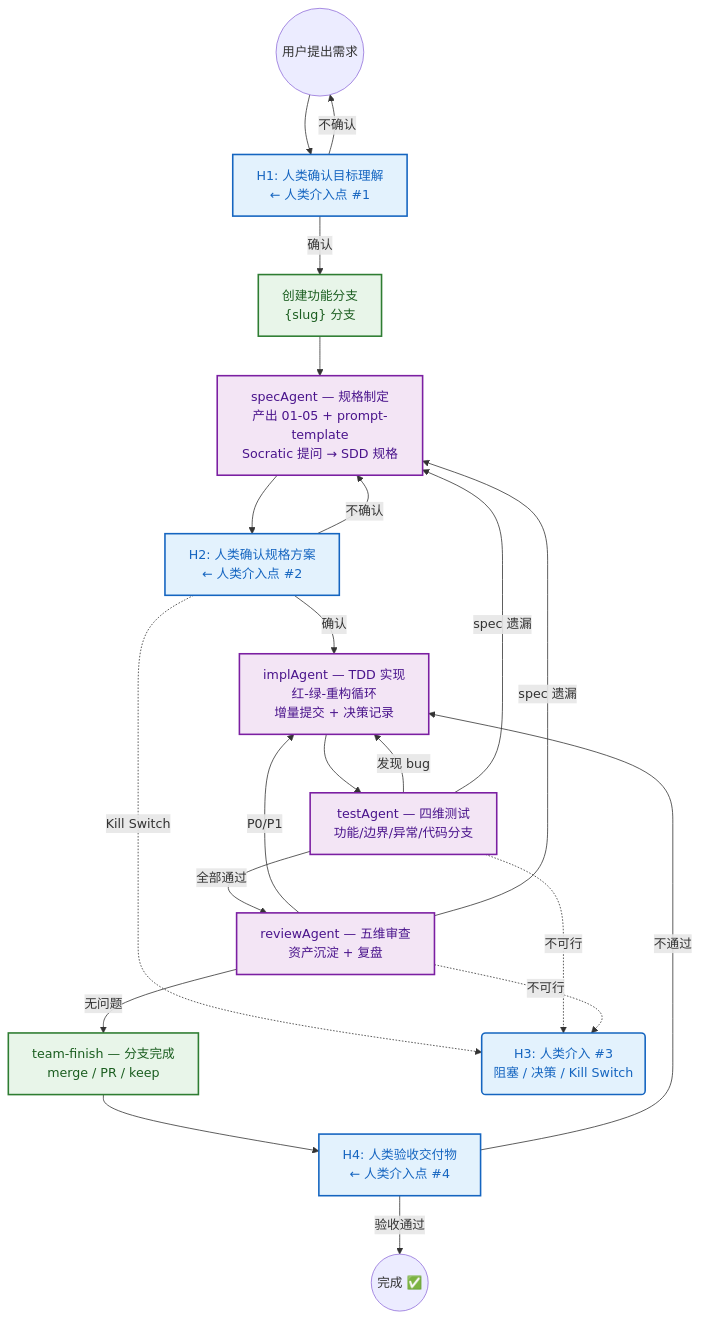
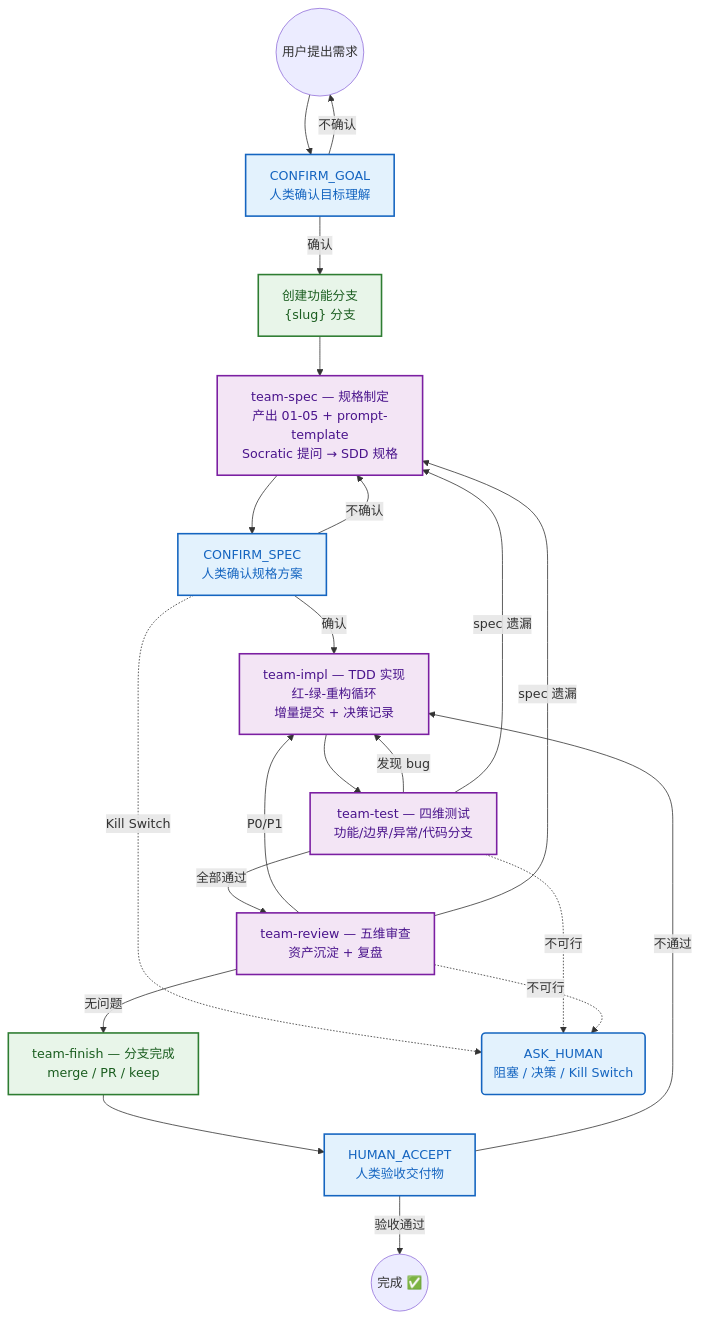
The first of 2 diagrams in README.md (andeya/team-skills), drawn with Mermaid before and after one commit. The commit also changed other lines of this file, not shown here.

Commit message:
docs: README 对齐 CLAUDE.md 命名规范 + 事实修正
- Agent 类名 → Skill 名称：specAgent/implAgent/testAgent/reviewAgent → team-spec/team-impl/team-test/team-review
- 介入点缩写 → 正式名称：H1-H4 → CONFIRM_GOAL/CONFIRM_SPEC/ASK_HUMAN/HUMAN_ACCEPT
- Mermaid 核心架构图节点标签同步更新
- SDD 章节数修正：七部分 → 九章节（对齐 spec-driven-workflow.md）
- CLAUDE.md 章节引用修正：§2.8 → §2.7
- 设计原则数修正：20 → 21（DP-21 English Self-Explanatory）
- 开发者命令表新增 /team-range
- team-refine 维度数修正：10+5 → 15

````diff
--- a/README.md
+++ b/README.md
@@ -188,45 +188,45 @@
 ```mermaid
 flowchart TD
     classDef human fill:#e3f2fd,stroke:#1565c0,stroke-width:2px,color:#1565c0;
     classDef agent fill:#f3e5f5,stroke:#7b1fa2,stroke-width:2px,color:#4a148c;
     classDef git fill:#e8f5e9,stroke:#2e7d32,stroke-width:2px,color:#1b5e20;
     classDef kill fill:#ffebee,stroke:#c62828,stroke-width:2px,stroke-dasharray: 5 5,color:#b71c1c;
 
     START(("用户提出需求"))
-    H1["H1: 人类确认目标理解<br/>← 人类介入点 #1"]:::human
+    CG["CONFIRM_GOAL<br/>人类确认目标理解"]:::human
     BRANCH["创建功能分支<br/>{slug} 分支"]:::git
-    SPEC["specAgent — 规格制定<br/>产出 01-05 + prompt-template<br/>Socratic 提问 → SDD 规格"]:::agent
-    H2["H2: 人类确认规格方案<br/>← 人类介入点 #2"]:::human
-    IMPL["implAgent — TDD 实现<br/>红-绿-重构循环<br/>增量提交 + 决策记录"]:::agent
-    TEST["testAgent — 四维测试<br/>功能/边界/异常/代码分支"]:::agent
-    REVIEW["reviewAgent — 五维审查<br/>资产沉淀 + 复盘"]:::agent
+    SPEC["team-spec — 规格制定<br/>产出 01-05 + prompt-template<br/>Socratic 提问 → SDD 规格"]:::agent
+    CS["CONFIRM_SPEC<br/>人类确认规格方案"]:::human
+    IMPL["team-impl — TDD 实现<br/>红-绿-重构循环<br/>增量提交 + 决策记录"]:::agent
+    TEST["team-test — 四维测试<br/>功能/边界/异常/代码分支"]:::agent
+    REVIEW["team-review — 五维审查<br/>资产沉淀 + 复盘"]:::agent
     FINISH["team-finish — 分支完成<br/>merge / PR / keep"]:::git
-    H4["H4: 人类验收交付物<br/>← 人类介入点 #4"]:::human
-    H3("H3: 人类介入 #3<br/>阻塞 / 决策 / Kill Switch"):::human
+    HA["HUMAN_ACCEPT<br/>人类验收交付物"]:::human
+    AH("ASK_HUMAN<br/>阻塞 / 决策 / Kill Switch"):::human
 
-    START --> H1
-    H1 -->|确认| BRANCH
-    H1 -->|不确认| START
+    START --> CG
+    CG -->|确认| BRANCH
+    CG -->|不确认| START
 
     BRANCH --> SPEC
-    SPEC --> H2
-    H2 -->|确认| IMPL
-    H2 -->|不确认| SPEC
-    H2 -.->|Kill Switch| H3
+    SPEC --> CS
+    CS -->|确认| IMPL
+    CS -->|不确认| SPEC
+    CS -.->|Kill Switch| AH
 
     IMPL --> TEST
 
     TEST -->|全部通过| REVIEW
     TEST -->|发现 bug| IMPL
     TEST -->|spec 遗漏| SPEC
-    TEST -.->|不可行| H3
+    TEST -.->|不可行| AH
 
     REVIEW -->|无问题| FINISH
     REVIEW -->|P0/P1| IMPL
     REVIEW -->|spec 遗漏| SPEC
-    REVIEW -.->|不可行| H3
+    REVIEW -.->|不可行| AH
 
-    FINISH --> H4
-    H4 -->|验收通过| DONE(("完成 ✅"))
-    H4 -->|不通过| IMPL
+    FINISH --> HA
+    HA -->|验收通过| DONE(("完成 ✅"))
+    HA -->|不通过| IMPL
 ```
````
